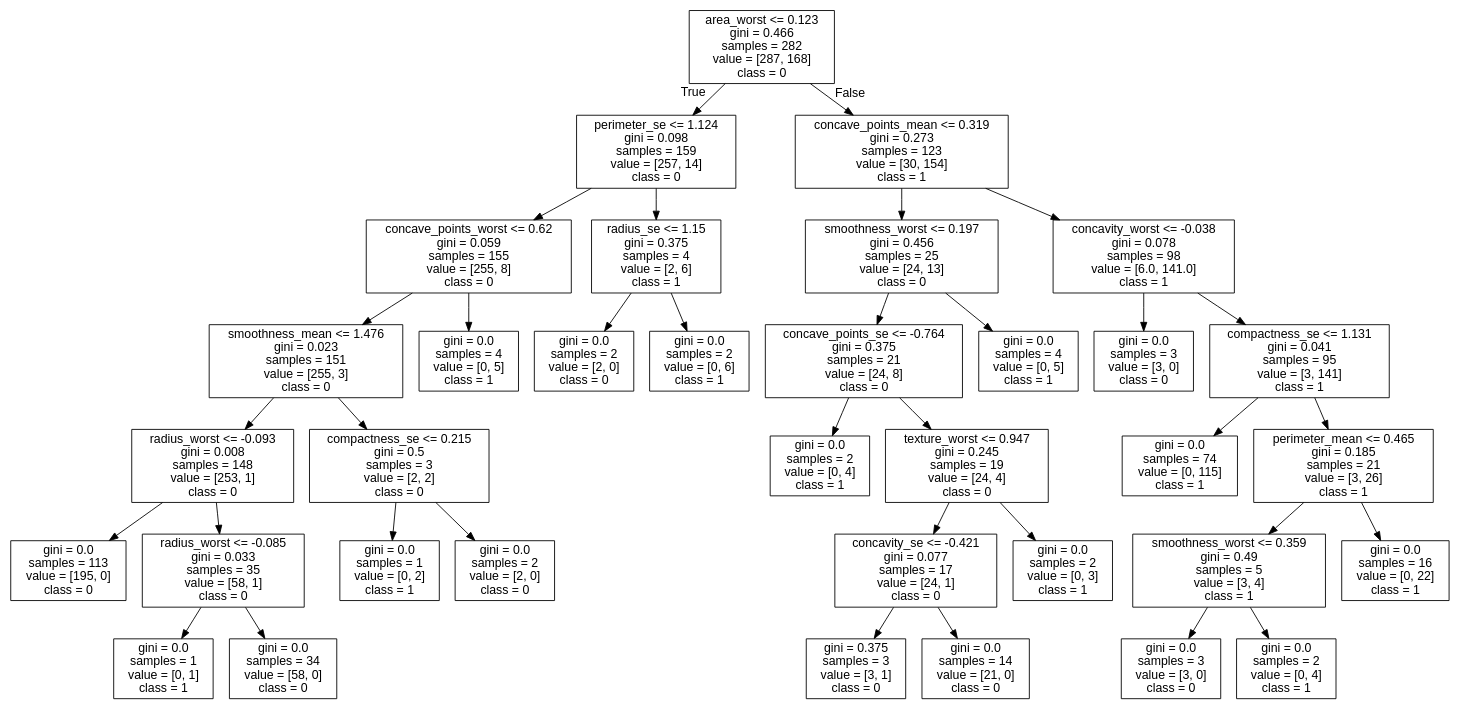
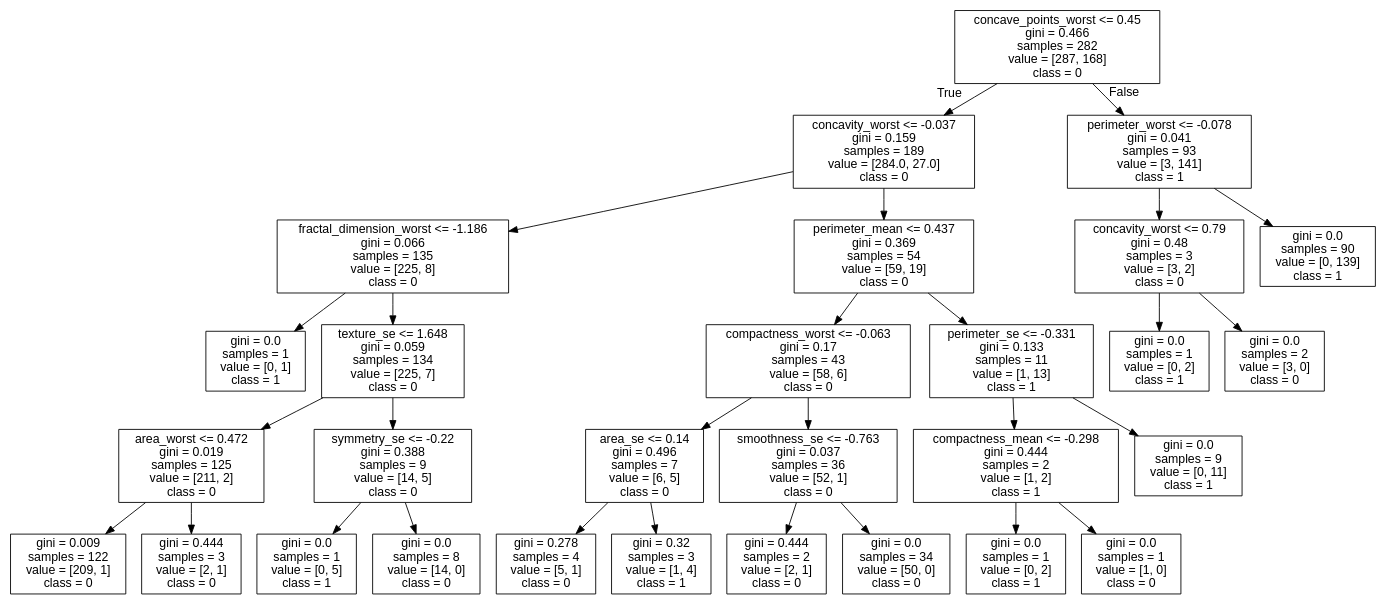
One commit to cyrilvincent/ML changed the diagram in data/breast-cancer/tree.dot. Above: the diagram before and after it, drawn with Graphviz. The commit also changed 5 other files, not shown here.

```diff
--- a/data/breast-cancer/tree.dot
+++ b/data/breast-cancer/tree.dot
@@ -1,73 +1,61 @@
 digraph Tree {
 node [shape=box, fontname="helvetica"] ;
 edge [fontname="helvetica"] ;
-0 [label="area_worst <= 0.123\ngini = 0.466\nsamples = 282\nvalue = [287, 168]\nclass = 0"] ;
-1 [label="perimeter_se <= 1.124\ngini = 0.098\nsamples = 159\nvalue = [257, 14]\nclass = 0"] ;
+0 [label="concave_points_worst <= 0.45\ngini = 0.466\nsamples = 282\nvalue = [287, 168]\nclass = 0"] ;
+1 [label="concavity_worst <= -0.037\ngini = 0.159\nsamples = 189\nvalue = [284.0, 27.0]\nclass = 0"] ;
 0 -> 1 [labeldistance=2.5, labelangle=45, headlabel="True"] ;
-2 [label="concave_points_worst <= 0.62\ngini = 0.059\nsamples = 155\nvalue = [255, 8]\nclass = 0"] ;
+2 [label="fractal_dimension_worst <= -1.186\ngini = 0.066\nsamples = 135\nvalue = [225, 8]\nclass = 0"] ;
 1 -> 2 ;
-3 [label="smoothness_mean <= 1.476\ngini = 0.023\nsamples = 151\nvalue = [255, 3]\nclass = 0"] ;
+3 [label="gini = 0.0\nsamples = 1\nvalue = [0, 1]\nclass = 1"] ;
 2 -> 3 ;
-4 [label="radius_worst <= -0.093\ngini = 0.008\nsamples = 148\nvalue = [253, 1]\nclass = 0"] ;
-3 -> 4 ;
-5 [label="gini = 0.0\nsamples = 113\nvalue = [195, 0]\nclass = 0"] ;
+4 [label="texture_se <= 1.648\ngini = 0.059\nsamples = 134\nvalue = [225, 7]\nclass = 0"] ;
+2 -> 4 ;
+5 [label="area_worst <= 0.472\ngini = 0.019\nsamples = 125\nvalue = [211, 2]\nclass = 0"] ;
 4 -> 5 ;
-6 [label="radius_worst <= -0.085\ngini = 0.033\nsamples = 35\nvalue = [58, 1]\nclass = 0"] ;
-4 -> 6 ;
-7 [label="gini = 0.0\nsamples = 1\nvalue = [0, 1]\nclass = 1"] ;
-6 -> 7 ;
-8 [label="gini = 0.0\nsamples = 34\nvalue = [58, 0]\nclass = 0"] ;
-6 -> 8 ;
-9 [label="compactness_se <= 0.215\ngini = 0.5\nsamples = 3\nvalue = [2, 2]\nclass = 0"] ;
-3 -> 9 ;
-10 [label="gini = 0.0\nsamples = 1\nvalue = [0, 2]\nclass = 1"] ;
-9 -> 10 ;
-11 [label="gini = 0.0\nsamples = 2\nvalue = [2, 0]\nclass = 0"] ;
-9 -> 11 ;
-12 [label="gini = 0.0\nsamples = 4\nvalue = [0, 5]\nclass = 1"] ;
-2 -> 12 ;
-13 [label="radius_se <= 1.15\ngini = 0.375\nsamples = 4\nvalue = [2, 6]\nclass = 1"] ;
-1 -> 13 ;
-14 [label="gini = 0.0\nsamples = 2\nvalue = [2, 0]\nclass = 0"] ;
+6 [label="gini = 0.009\nsamples = 122\nvalue = [209, 1]\nclass = 0"] ;
+5 -> 6 ;
+7 [label="gini = 0.444\nsamples = 3\nvalue = [2, 1]\nclass = 0"] ;
+5 -> 7 ;
+8 [label="symmetry_se <= -0.22\ngini = 0.388\nsamples = 9\nvalue = [14, 5]\nclass = 0"] ;
+4 -> 8 ;
+9 [label="gini = 0.0\nsamples = 1\nvalue = [0, 5]\nclass = 1"] ;
+8 -> 9 ;
+10 [label="gini = 0.0\nsamples = 8\nvalue = [14, 0]\nclass = 0"] ;
+8 -> 10 ;
+11 [label="perimeter_mean <= 0.437\ngini = 0.369\nsamples = 54\nvalue = [59, 19]\nclass = 0"] ;
+1 -> 11 ;
+12 [label="compactness_worst <= -0.063\ngini = 0.17\nsamples = 43\nvalue = [58, 6]\nclass = 0"] ;
+11 -> 12 ;
+13 [label="area_se <= 0.14\ngini = 0.496\nsamples = 7\nvalue = [6, 5]\nclass = 0"] ;
+12 -> 13 ;
+14 [label="gini = 0.278\nsamples = 4\nvalue = [5, 1]\nclass = 0"] ;
 13 -> 14 ;
-15 [label="gini = 0.0\nsamples = 2\nvalue = [0, 6]\nclass = 1"] ;
+15 [label="gini = 0.32\nsamples = 3\nvalue = [1, 4]\nclass = 1"] ;
 13 -> 15 ;
-16 [label="concave_points_mean <= 0.319\ngini = 0.273\nsamples = 123\nvalue = [30, 154]\nclass = 1"] ;
-0 -> 16 [labeldistance=2.5, labelangle=-45, headlabel="False"] ;
-17 [label="smoothness_worst <= 0.197\ngini = 0.456\nsamples = 25\nvalue = [24, 13]\nclass = 0"] ;
+16 [label="smoothness_se <= -0.763\ngini = 0.037\nsamples = 36\nvalue = [52, 1]\nclass = 0"] ;
+12 -> 16 ;
+17 [label="gini = 0.444\nsamples = 2\nvalue = [2, 1]\nclass = 0"] ;
 16 -> 17 ;
-18 [label="concave_points_se <= -0.764\ngini = 0.375\nsamples = 21\nvalue = [24, 8]\nclass = 0"] ;
-17 -> 18 ;
-19 [label="gini = 0.0\nsamples = 2\nvalue = [0, 4]\nclass = 1"] ;
-18 -> 19 ;
-20 [label="texture_worst <= 0.947\ngini = 0.245\nsamples = 19\nvalue = [24, 4]\nclass = 0"] ;
-18 -> 20 ;
-21 [label="concavity_se <= -0.421\ngini = 0.077\nsamples = 17\nvalue = [24, 1]\nclass = 0"] ;
+18 [label="gini = 0.0\nsamples = 34\nvalue = [50, 0]\nclass = 0"] ;
+16 -> 18 ;
+19 [label="perimeter_se <= -0.331\ngini = 0.133\nsamples = 11\nvalue = [1, 13]\nclass = 1"] ;
+11 -> 19 ;
+20 [label="compactness_mean <= -0.298\ngini = 0.444\nsamples = 2\nvalue = [1, 2]\nclass = 1"] ;
+19 -> 20 ;
+21 [label="gini = 0.0\nsamples = 1\nvalue = [0, 2]\nclass = 1"] ;
 20 -> 21 ;
-22 [label="gini = 0.375\nsamples = 3\nvalue = [3, 1]\nclass = 0"] ;
-21 -> 22 ;
-23 [label="gini = 0.0\nsamples = 14\nvalue = [21, 0]\nclass = 0"] ;
-21 -> 23 ;
-24 [label="gini = 0.0\nsamples = 2\nvalue = [0, 3]\nclass = 1"] ;
-20 -> 24 ;
-25 [label="gini = 0.0\nsamples = 4\nvalue = [0, 5]\nclass = 1"] ;
-17 -> 25 ;
-26 [label="concavity_worst <= -0.038\ngini = 0.078\nsamples = 98\nvalue = [6.0, 141.0]\nclass = 1"] ;
-16 -> 26 ;
-27 [label="gini = 0.0\nsamples = 3\nvalue = [3, 0]\nclass = 0"] ;
-26 -> 27 ;
-28 [label="compactness_se <= 1.131\ngini = 0.041\nsamples = 95\nvalue = [3, 141]\nclass = 1"] ;
-26 -> 28 ;
-29 [label="gini = 0.0\nsamples = 74\nvalue = [0, 115]\nclass = 1"] ;
-28 -> 29 ;
-30 [label="perimeter_mean <= 0.465\ngini = 0.185\nsamples = 21\nvalue = [3, 26]\nclass = 1"] ;
-28 -> 30 ;
-31 [label="smoothness_worst <= 0.359\ngini = 0.49\nsamples = 5\nvalue = [3, 4]\nclass = 1"] ;
-30 -> 31 ;
-32 [label="gini = 0.0\nsamples = 3\nvalue = [3, 0]\nclass = 0"] ;
-31 -> 32 ;
-33 [label="gini = 0.0\nsamples = 2\nvalue = [0, 4]\nclass = 1"] ;
-31 -> 33 ;
-34 [label="gini = 0.0\nsamples = 16\nvalue = [0, 22]\nclass = 1"] ;
-30 -> 34 ;
+22 [label="gini = 0.0\nsamples = 1\nvalue = [1, 0]\nclass = 0"] ;
+20 -> 22 ;
+23 [label="gini = 0.0\nsamples = 9\nvalue = [0, 11]\nclass = 1"] ;
+19 -> 23 ;
+24 [label="perimeter_worst <= -0.078\ngini = 0.041\nsamples = 93\nvalue = [3, 141]\nclass = 1"] ;
+0 -> 24 [labeldistance=2.5, labelangle=-45, headlabel="False"] ;
+25 [label="concavity_worst <= 0.79\ngini = 0.48\nsamples = 3\nvalue = [3, 2]\nclass = 0"] ;
+24 -> 25 ;
+26 [label="gini = 0.0\nsamples = 1\nvalue = [0, 2]\nclass = 1"] ;
+25 -> 26 ;
+27 [label="gini = 0.0\nsamples = 2\nvalue = [3, 0]\nclass = 0"] ;
+25 -> 27 ;
+28 [label="gini = 0.0\nsamples = 90\nvalue = [0, 139]\nclass = 1"] ;
+24 -> 28 ;
 }
```
